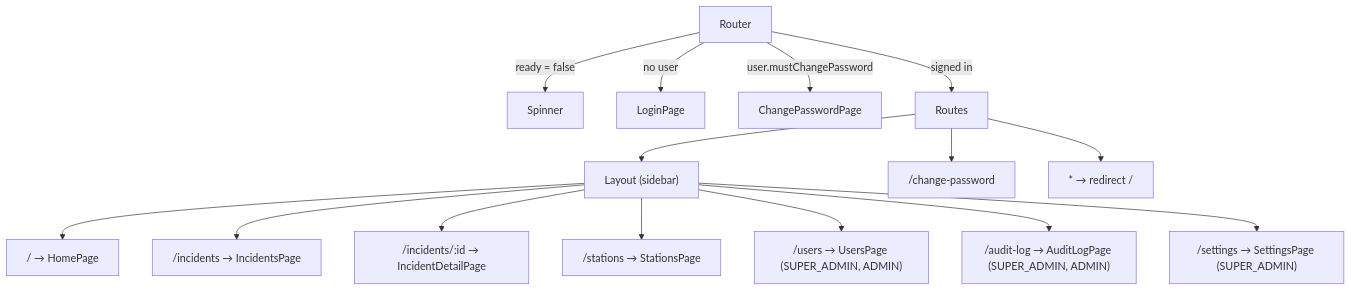
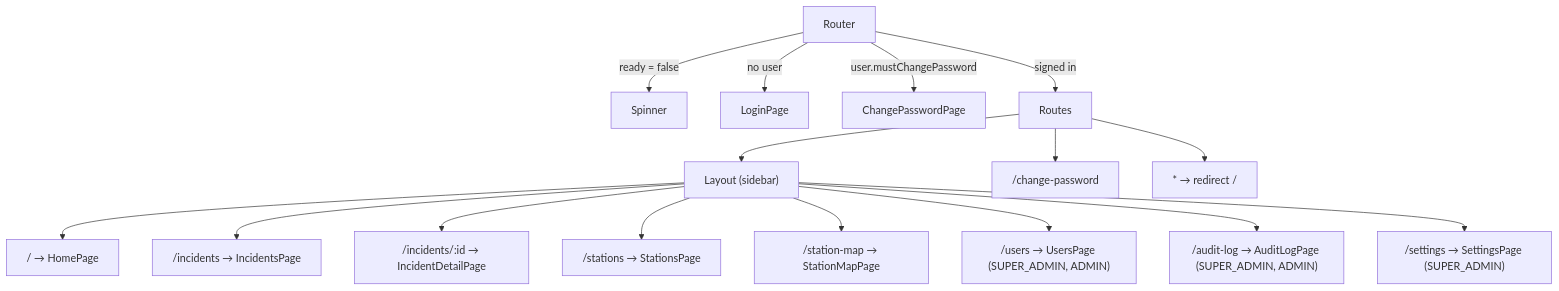
The diagram in docs/architecture/frontend.md (geofreybazar/runningcardsystem), drawn with Mermaid before and after one commit. The commit also changed other lines of this file and 8 other files, not shown here.

First line of the commit message:
Station Map: every fire station on one map, details on hover

````diff
--- a/docs/architecture/frontend.md
+++ b/docs/architecture/frontend.md
@@ -27,17 +27,18 @@
 ```mermaid
 flowchart TD
   A[Router] -->|ready = false| L0[Spinner]
   A -->|no user| LP[LoginPage]
   A -->|user.mustChangePassword| CP[ChangePasswordPage]
   A -->|signed in| R[Routes]
   R --> LY["Layout (sidebar)"]
   LY --> P1["/ → HomePage"]
   LY --> P2["/incidents → IncidentsPage"]
   LY --> P3["/incidents/:id → IncidentDetailPage"]
   LY --> P4["/stations → StationsPage"]
+  LY --> P4b["/station-map → StationMapPage"]
   LY --> P5["/users → UsersPage (SUPER_ADMIN, ADMIN)"]
   LY --> P6["/audit-log → AuditLogPage (SUPER_ADMIN, ADMIN)"]
   LY --> P7["/settings → SettingsPage (SUPER_ADMIN)"]
   R --> P8["/change-password"]
   R --> P9["* → redirect /"]
 ```
````
